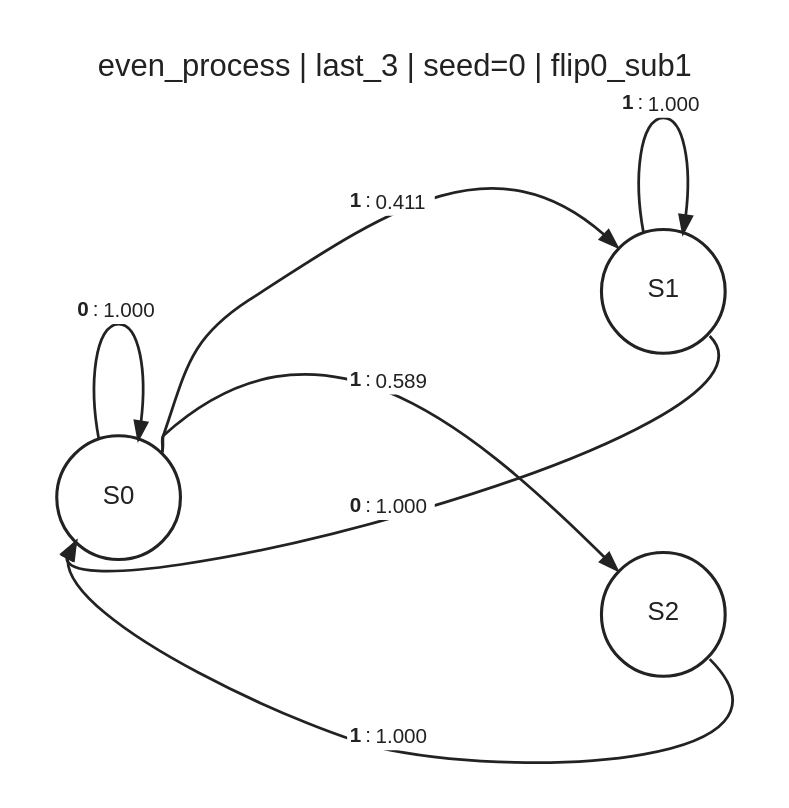
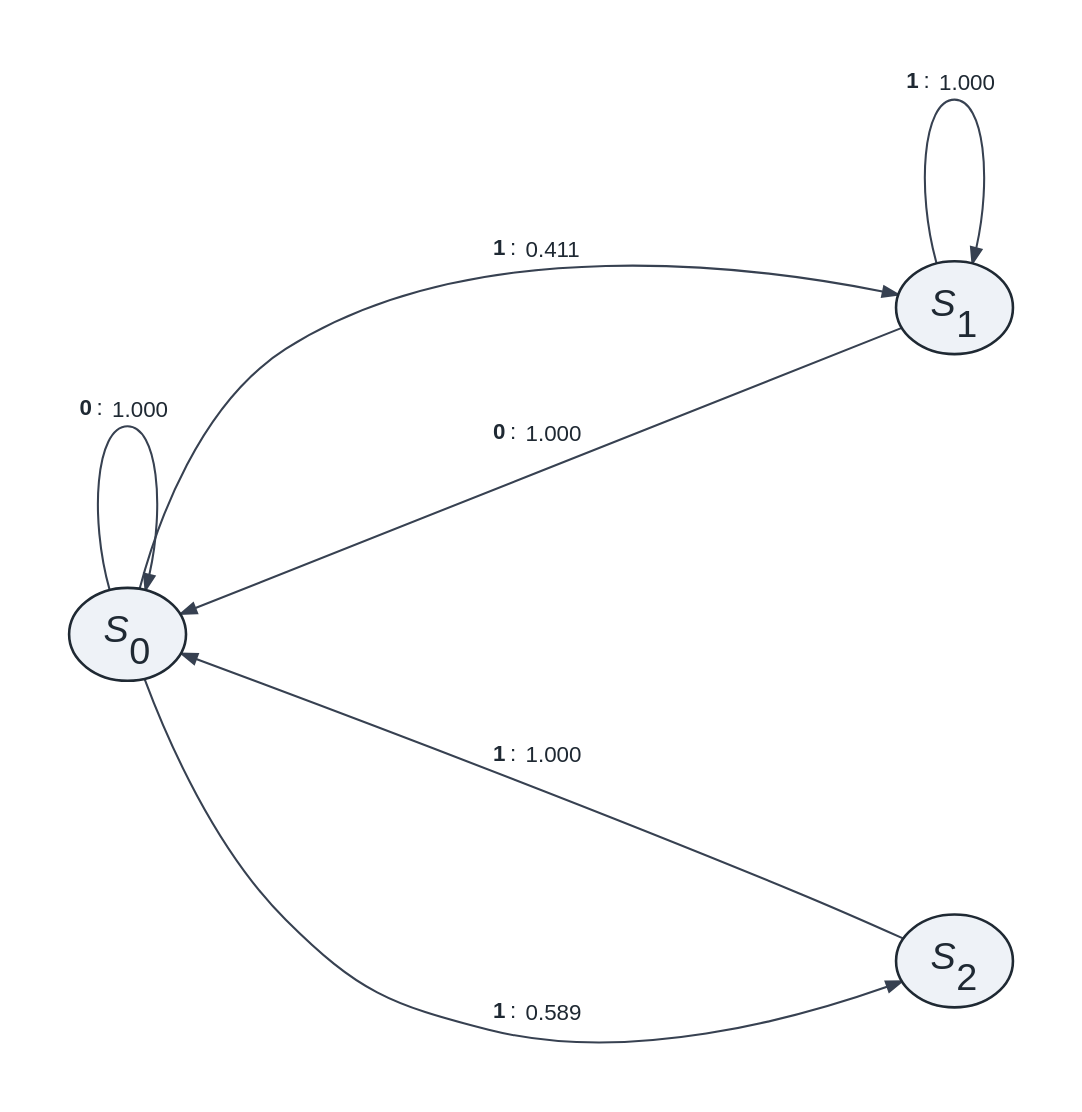
The diagram in src/results/ch3/even_figures_k3/transitions/flip0_sub1__transitions_last_3_seed0.dot (aniketguptax/PRISM), drawn with Graphviz before and after one commit. The commit also changed 75 other files, not shown here.

```diff
--- a/src/results/ch3/even_figures_k3/transitions/flip0_sub1__transitions_last_3_seed0.dot
+++ b/src/results/ch3/even_figures_k3/transitions/flip0_sub1__transitions_last_3_seed0.dot
@@ -1,26 +1,24 @@
 digraph "even_process_last_3_seed0" {
   rankdir=LR;
   splines=true;
   overlap=false;
   concentrate=false;
   outputorder=edgesfirst;
-  nodesep=0.9;
-  ranksep=1.1;
-  pad=0.25;
-  forcelabels=true;
-  graph [fontname="Helvetica", fontsize=18, fontcolor="#222222"];
-  node [shape=circle, fontname="Helvetica", fontsize=15, penwidth=1.8, color="#222222", fontcolor="#222222", margin=0.06, fixedsize=true, width=1.0, height=1.0];
-  edge [fontname="Helvetica", fontsize=12, arrowsize=1.0, penwidth=1.6, color="#222222", fontcolor="#222222", labelfloat=true];
-  label="even_process | last_3 | seed=0 | flip0_sub1";
-  labelloc=t;
-  labeljust=l;
-  0 [label="S0"];
-  1 [label="S1"];
-  2 [label="S2"];
-  0 -> 0 [minlen=2, label=<<TABLE BORDER="0" CELLBORDER="0" CELLSPACING="0" CELLPADDING="1" BGCOLOR="white"><TR><TD ALIGN="RIGHT"><B>0</B>:</TD><TD ALIGN="LEFT">1.000</TD></TR></TABLE>>];
-  0 -> 1 [tailport=ne, headport=nw, minlen=3, weight=2, labeldistance=3.1, labelangle=36.0, label=<<TABLE BORDER="0" CELLBORDER="0" CELLSPACING="0" CELLPADDING="1" BGCOLOR="white"><TR><TD ALIGN="RIGHT"><B>1</B>:</TD><TD ALIGN="LEFT">0.411</TD></TR></TABLE>>];
-  0 -> 2 [tailport=ne, headport=nw, minlen=3, weight=2, labeldistance=3.1, labelangle=36.0, label=<<TABLE BORDER="0" CELLBORDER="0" CELLSPACING="0" CELLPADDING="1" BGCOLOR="white"><TR><TD ALIGN="RIGHT"><B>1</B>:</TD><TD ALIGN="LEFT">0.589</TD></TR></TABLE>>];
-  1 -> 0 [tailport=se, headport=sw, minlen=3, weight=2, labeldistance=3.1, labelangle=-36.0, label=<<TABLE BORDER="0" CELLBORDER="0" CELLSPACING="0" CELLPADDING="1" BGCOLOR="white"><TR><TD ALIGN="RIGHT"><B>0</B>:</TD><TD ALIGN="LEFT">1.000</TD></TR></TABLE>>];
-  1 -> 1 [minlen=2, label=<<TABLE BORDER="0" CELLBORDER="0" CELLSPACING="0" CELLPADDING="1" BGCOLOR="white"><TR><TD ALIGN="RIGHT"><B>1</B>:</TD><TD ALIGN="LEFT">1.000</TD></TR></TABLE>>];
-  2 -> 0 [tailport=se, headport=sw, minlen=3, weight=2, labeldistance=3.1, labelangle=-36.0, label=<<TABLE BORDER="0" CELLBORDER="0" CELLSPACING="0" CELLPADDING="1" BGCOLOR="white"><TR><TD ALIGN="RIGHT"><B>1</B>:</TD><TD ALIGN="LEFT">1.000</TD></TR></TABLE>>];
+  nodesep=1.3;
+  ranksep=1.6;
+  pad=0.45;
+  sep="+18,18";
+  esep="+18,18";
+  graph [fontname="Helvetica", fontsize=18, fontcolor="#1f2933"];
+  node [shape=ellipse, fontname="Helvetica", fontsize=22, penwidth=1.5, color="#1f2933", fontcolor="#1f2933", margin=0.1, style="filled", fillcolor="#eef2f7", fixedsize=true, width=0.95, height=0.75];
+  edge [fontname="Helvetica", fontsize=13, arrowsize=0.9, penwidth=1.2, color="#374151", fontcolor="#1f2933", decorate=false, labelfloat=false];
+  0 [label=<<I>S</I><SUB>0</SUB>>];
+  1 [label=<<I>S</I><SUB>1</SUB>>];
+  2 [label=<<I>S</I><SUB>2</SUB>>];
+  0 -> 0 [minlen=2, label=<<TABLE BORDER="0" CELLBORDER="0" CELLSPACING="0" CELLPADDING="2"><TR><TD ALIGN="RIGHT"><B>0</B>:</TD><TD ALIGN="LEFT">1.000</TD></TR></TABLE>>];
+  0 -> 1 [minlen=3, weight=2, labeldistance=3.1, label=<<TABLE BORDER="0" CELLBORDER="0" CELLSPACING="0" CELLPADDING="2"><TR><TD ALIGN="RIGHT"><B>1</B>:</TD><TD ALIGN="LEFT">0.411</TD></TR></TABLE>>];
+  0 -> 2 [minlen=3, weight=2, labeldistance=3.1, label=<<TABLE BORDER="0" CELLBORDER="0" CELLSPACING="0" CELLPADDING="2"><TR><TD ALIGN="RIGHT"><B>1</B>:</TD><TD ALIGN="LEFT">0.589</TD></TR></TABLE>>];
+  1 -> 0 [minlen=3, weight=2, labeldistance=3.1, label=<<TABLE BORDER="0" CELLBORDER="0" CELLSPACING="0" CELLPADDING="2"><TR><TD ALIGN="RIGHT"><B>0</B>:</TD><TD ALIGN="LEFT">1.000</TD></TR></TABLE>>];
+  1 -> 1 [minlen=2, label=<<TABLE BORDER="0" CELLBORDER="0" CELLSPACING="0" CELLPADDING="2"><TR><TD ALIGN="RIGHT"><B>1</B>:</TD><TD ALIGN="LEFT">1.000</TD></TR></TABLE>>];
+  2 -> 0 [minlen=3, weight=2, labeldistance=3.1, label=<<TABLE BORDER="0" CELLBORDER="0" CELLSPACING="0" CELLPADDING="2"><TR><TD ALIGN="RIGHT"><B>1</B>:</TD><TD ALIGN="LEFT">1.000</TD></TR></TABLE>>];
 }
```
